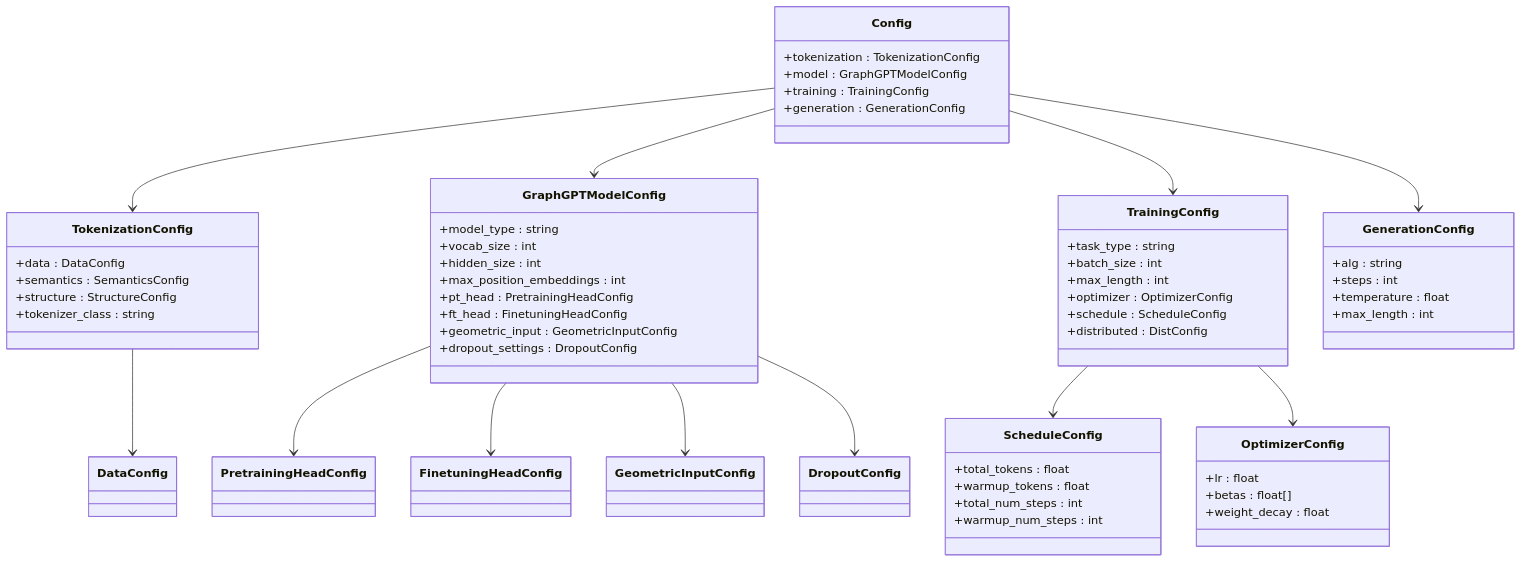
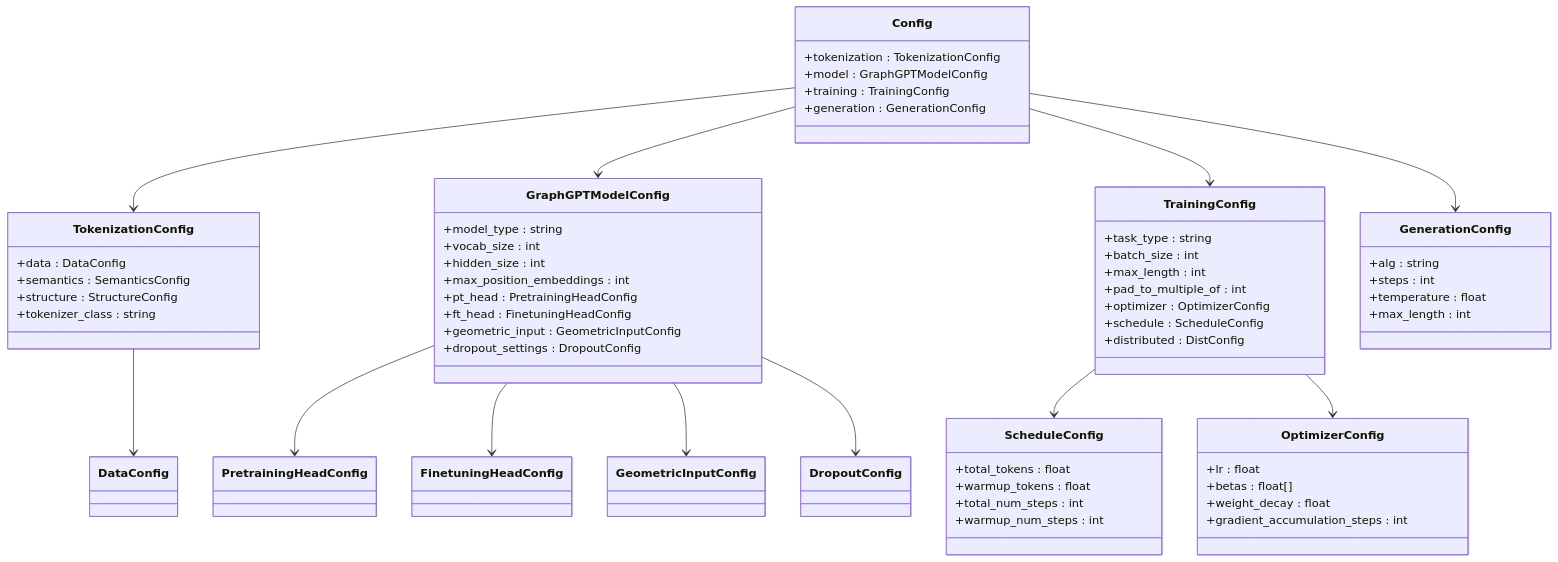
Before and after one commit to alibaba/graph-gpt: the third of 10 diagrams in .qoder/repowiki/en/content/Configuration System/Configuration System.md, drawn with Mermaid. The commit also changed other lines of this file and 4 other files, not shown here.

````diff
--- a/.qoder/repowiki/en/content/Configuration System/Configuration System.md
+++ b/.qoder/repowiki/en/content/Configuration System/Configuration System.md
@@ -167,61 +173,63 @@
 ```mermaid
 classDiagram
 class Config {
 +tokenization : TokenizationConfig
 +model : GraphGPTModelConfig
 +training : TrainingConfig
 +generation : GenerationConfig
 }
 class TrainingConfig {
 +task_type : string
 +batch_size : int
 +max_length : int
++pad_to_multiple_of : int
 +optimizer : OptimizerConfig
 +schedule : ScheduleConfig
 +distributed : DistConfig
 }
 class ScheduleConfig {
 +total_tokens : float
 +warmup_tokens : float
 +total_num_steps : int
 +warmup_num_steps : int
 }
 class OptimizerConfig {
 +lr : float
 +betas : float[]
 +weight_decay : float
++gradient_accumulation_steps : int
 }
 class TokenizationConfig {
 +data : DataConfig
 +semantics : SemanticsConfig
 +structure : StructureConfig
 +tokenizer_class : string
 }
 class GraphGPTModelConfig {
 +model_type : string
 +vocab_size : int
 +hidden_size : int
 +max_position_embeddings : int
 +pt_head : PretrainingHeadConfig
 +ft_head : FinetuningHeadConfig
 +geometric_input : GeometricInputConfig
 +dropout_settings : DropoutConfig
 }
 class GenerationConfig {
 +alg : string
 +steps : int
 +temperature : float
 +max_length : int
 }
 Config --> TokenizationConfig
 Config --> GraphGPTModelConfig
 Config --> TrainingConfig
 Config --> GenerationConfig
 TrainingConfig --> ScheduleConfig
 TrainingConfig --> OptimizerConfig
 TokenizationConfig --> DataConfig
 GraphGPTModelConfig --> PretrainingHeadConfig
 GraphGPTModelConfig --> FinetuningHeadConfig
 GraphGPTModelConfig --> GeometricInputConfig
 GraphGPTModelConfig --> DropoutConfig
 ```
````
